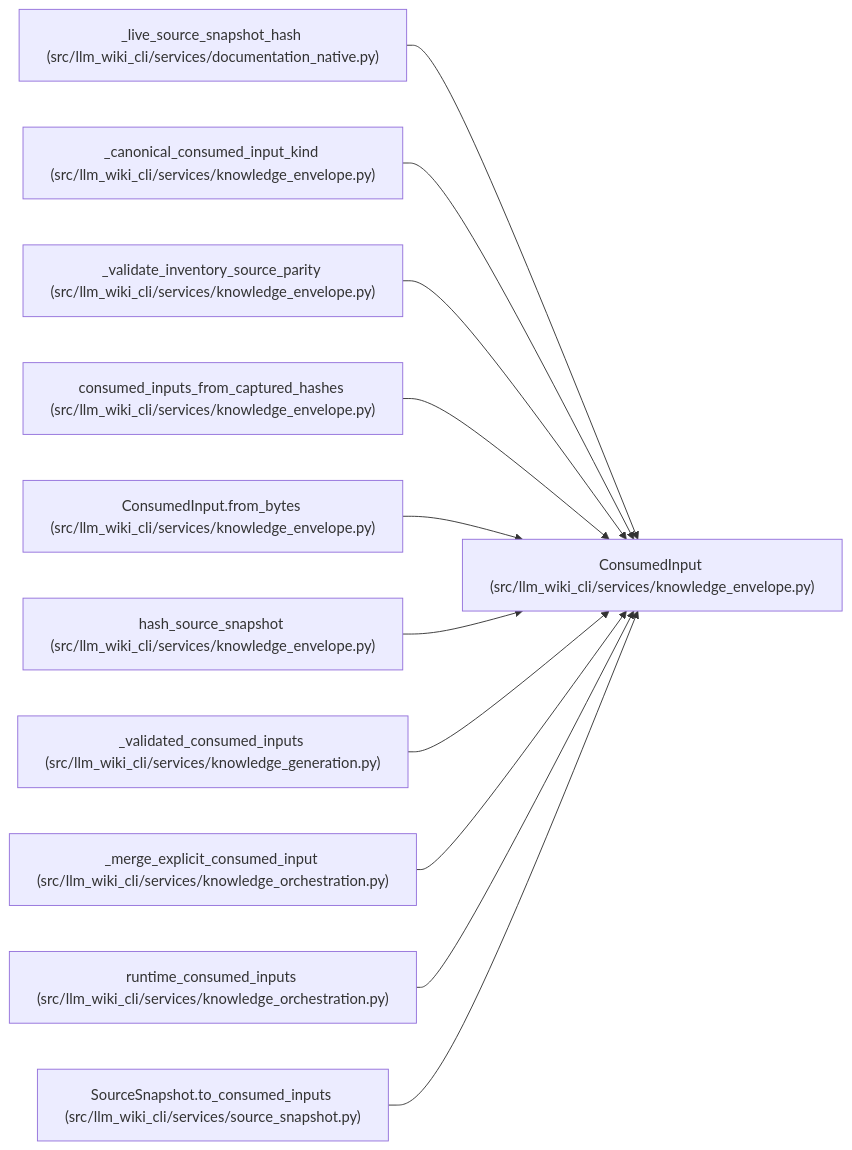
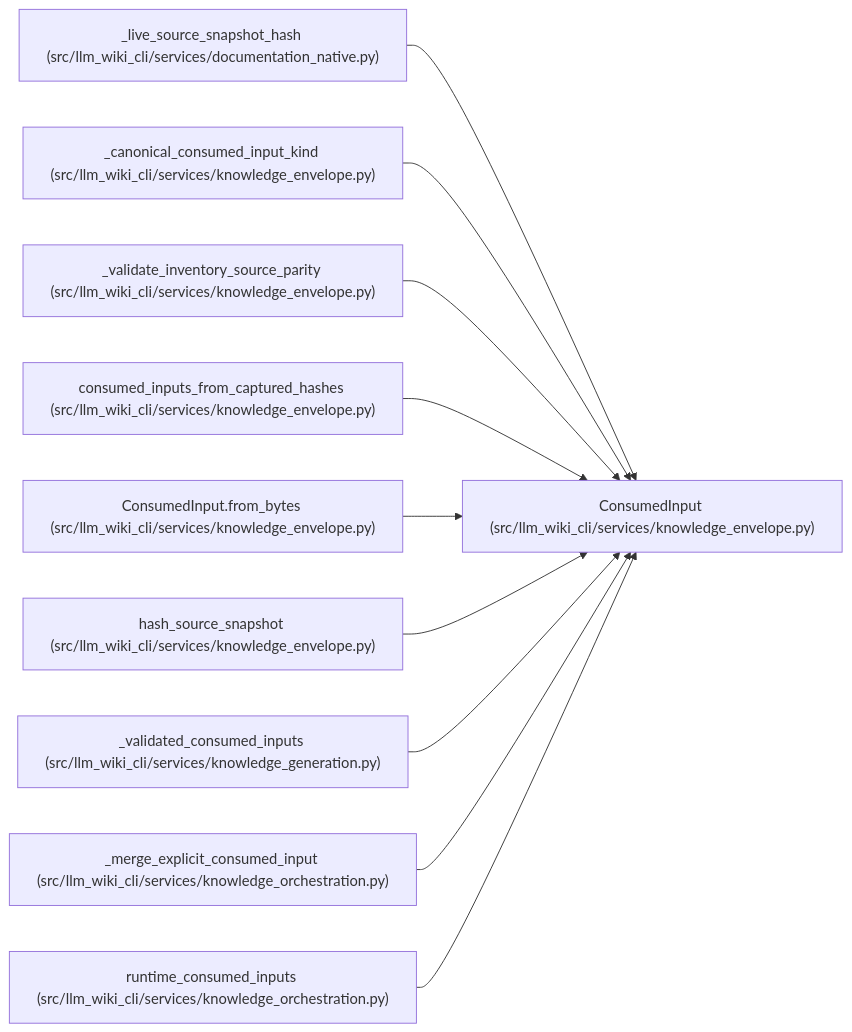
The diagram in docs/llm_wiki/entities/ConsumedInput.md (Denissvgn/python-wiki-llm), drawn with Mermaid before and after one commit. The commit also changed other lines of this file and 719 other files, not shown here.

````diff
--- a/docs/llm_wiki/entities/ConsumedInput.md
+++ b/docs/llm_wiki/entities/ConsumedInput.md
@@ -33,35 +33,32 @@
 ```mermaid
 flowchart LR
     n0["ConsumedInput (src/llm_wiki_cli/services/knowledge_envelope.py)"]
     n1["_live_source_snapshot_hash (src/llm_wiki_cli/services/documentation_native.py)"]
     n2["_canonical_consumed_input_kind (src/llm_wiki_cli/services/knowledge_envelope.py)"]
     n3["_validate_inventory_source_parity (src/llm_wiki_cli/services/knowledge_envelope.py)"]
     n4["consumed_inputs_from_captured_hashes (src/llm_wiki_cli/services/knowledge_envelope.py)"]
     n5["ConsumedInput.from_bytes (src/llm_wiki_cli/services/knowledge_envelope.py)"]
     n6["hash_source_snapshot (src/llm_wiki_cli/services/knowledge_envelope.py)"]
     n7["_validated_consumed_inputs (src/llm_wiki_cli/services/knowledge_generation.py)"]
     n8["_merge_explicit_consumed_input (src/llm_wiki_cli/services/knowledge_orchestration.py)"]
     n9["runtime_consumed_inputs (src/llm_wiki_cli/services/knowledge_orchestration.py)"]
-    n10["SourceSnapshot.to_consumed_inputs (src/llm_wiki_cli/services/source_snapshot.py)"]
     n1 --> n0
     n2 --> n0
     n3 --> n0
     n4 --> n0
     n5 --> n0
     n6 --> n0
     n7 --> n0
     n8 --> n0
     n9 --> n0
-    n10 --> n0
     click n0 "../modules/knowledge_envelope.md"
     click n1 "../modules/documentation_native.md"
     click n2 "../modules/knowledge_envelope.md"
     click n3 "../modules/knowledge_envelope.md"
     click n4 "../modules/knowledge_envelope.md"
     click n5 "../modules/knowledge_envelope.md"
     click n6 "../modules/knowledge_envelope.md"
     click n7 "../modules/knowledge_generation.md"
     click n8 "../modules/knowledge_orchestration.md"
     click n9 "../modules/knowledge_orchestration.md"
-    click n10 "../modules/source_snapshot.md"
 ```
````
